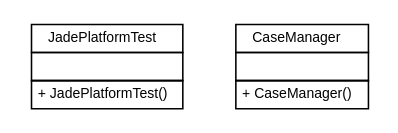
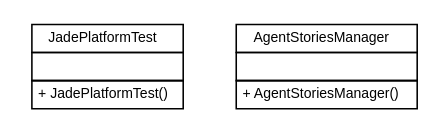
Before and after one commit to gsi-upm/BeastTool: the diagram in testapidocs/es/upm/dit/gsi/beast/platform/jade/es.upm.dit.gsi.beast.platform.jade.dot, drawn with Graphviz. The commit also changed 437 other files, not shown here.

```diff
--- a/testapidocs/es/upm/dit/gsi/beast/platform/jade/es.upm.dit.gsi.beast.platform.jade.dot
+++ b/testapidocs/es/upm/dit/gsi/beast/platform/jade/es.upm.dit.gsi.beast.platform.jade.dot
@@ -1,36 +1,36 @@
 #!/usr/local/bin/dot
 #
 # Class diagram 
 # Generated by UMLGraph version 5.1 (http://www.umlgraph.org/)
 #
 
 digraph G {
 	edge [fontname="arial",fontsize=10,labelfontname="arial",labelfontsize=10];
 	node [fontname="arial",fontsize=10,shape=plaintext];
 	nodesep=0.25;
 	ranksep=0.5;
 	// es.upm.dit.gsi.beast.platform.jade.JadePlatformTest
 	c0 [label=<<table title="es.upm.dit.gsi.beast.platform.jade.JadePlatformTest" border="0" cellborder="1" cellspacing="0" cellpadding="2" port="p" href="./JadePlatformTest.html">
 		<tr><td><table border="0" cellspacing="0" cellpadding="1">
 <tr><td align="center" balign="center"> JadePlatformTest </td></tr>
 		</table></td></tr>
 		<tr><td><table border="0" cellspacing="0" cellpadding="1">
 <tr><td align="left" balign="left">  </td></tr>
 		</table></td></tr>
 		<tr><td><table border="0" cellspacing="0" cellpadding="1">
 <tr><td align="left" balign="left"> + JadePlatformTest() </td></tr>
 		</table></td></tr>
 		</table>>, fontname="arial", fontcolor="black", fontsize=9.0];
-	// es.upm.dit.gsi.beast.platform.jade.CaseManager
-	c1 [label=<<table title="es.upm.dit.gsi.beast.platform.jade.CaseManager" border="0" cellborder="1" cellspacing="0" cellpadding="2" port="p" href="./CaseManager.html">
+	// es.upm.dit.gsi.beast.platform.jade.AgentStoriesManager
+	c1 [label=<<table title="es.upm.dit.gsi.beast.platform.jade.AgentStoriesManager" border="0" cellborder="1" cellspacing="0" cellpadding="2" port="p" href="./AgentStoriesManager.html">
 		<tr><td><table border="0" cellspacing="0" cellpadding="1">
-<tr><td align="center" balign="center"> CaseManager </td></tr>
+<tr><td align="center" balign="center"> AgentStoriesManager </td></tr>
 		</table></td></tr>
 		<tr><td><table border="0" cellspacing="0" cellpadding="1">
 <tr><td align="left" balign="left">  </td></tr>
 		</table></td></tr>
 		<tr><td><table border="0" cellspacing="0" cellpadding="1">
-<tr><td align="left" balign="left"> + CaseManager() </td></tr>
+<tr><td align="left" balign="left"> + AgentStoriesManager() </td></tr>
 		</table></td></tr>
 		</table>>, fontname="arial", fontcolor="black", fontsize=9.0];
 }
```
